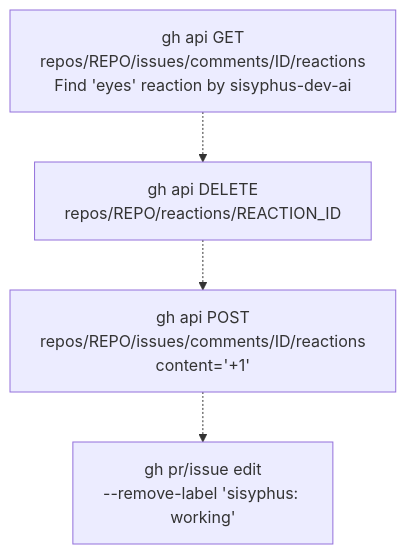
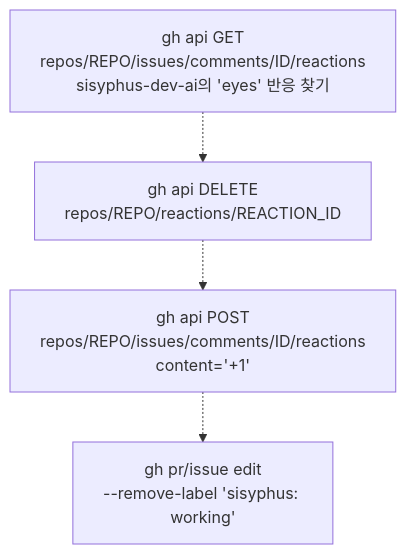
Before and after one commit to felipetruman/oh-my-opencode-docs: the ninth of 9 diagrams in docs/automation/sisyphus-agent-workflow.md, drawn with Mermaid. The commit also changed other lines of this file and 76 other files, not shown here.

````diff
--- a/docs/automation/sisyphus-agent-workflow.md
+++ b/docs/automation/sisyphus-agent-workflow.md
@@ -546,12 +509,12 @@
 ```mermaid
 flowchart TD
 
-FindReaction["gh api GET<br>repos/REPO/issues/comments/ID/reactions<br>Find 'eyes' reaction by sisyphus-dev-ai"]
+FindReaction["gh api GET<br>repos/REPO/issues/comments/ID/reactions<br>sisyphus-dev-ai의 'eyes' 반응 찾기"]
 DeleteReaction["gh api DELETE<br>repos/REPO/reactions/REACTION_ID"]
 AddThumbsUp["gh api POST<br>repos/REPO/issues/comments/ID/reactions<br>content='+1'"]
 RemoveLabel["gh pr/issue edit<br>--remove-label 'sisyphus: working'"]
 
 FindReaction -.-> DeleteReaction
 DeleteReaction -.-> AddThumbsUp
 AddThumbsUp -.-> RemoveLabel
 ```
````
